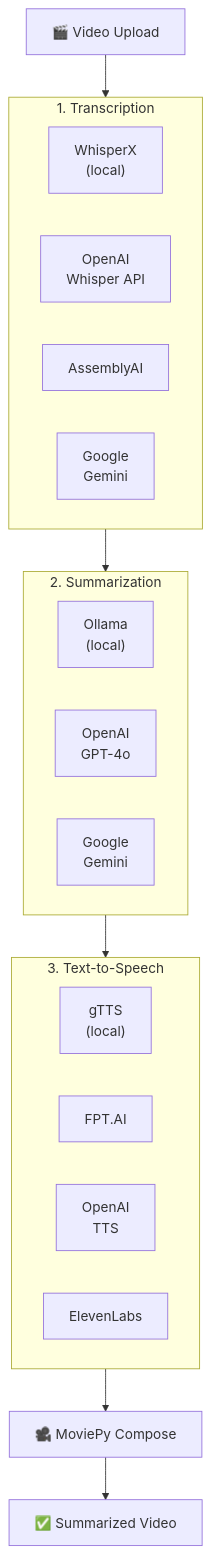
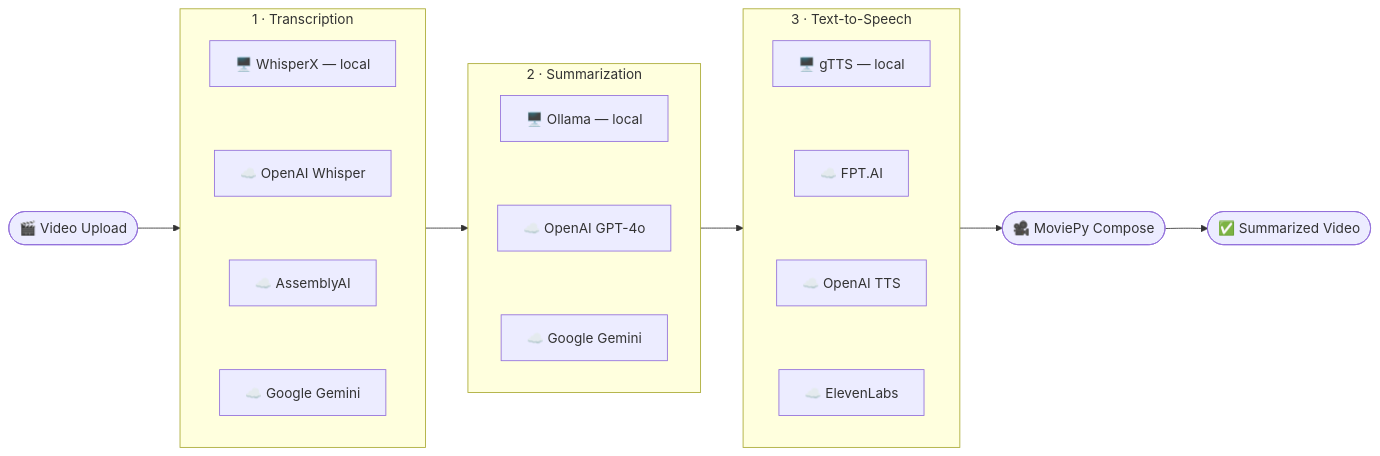
One commit to TanNguyen20/video-summarization-service changed the diagram in README.md. Above: the diagram before and after it, drawn with Mermaid.

Commit message:
feature: support OpenAI TTS and ElevenLabs

````diff
--- a/README.md
+++ b/README.md
@@ -8,33 +8,35 @@
 ```mermaid
-flowchart TB
-    Upload["🎬 Video Upload"]
+flowchart LR
+    Upload(["🎬 Video Upload"])
 
-    subgraph Transcription["1. Transcription"]
-        T1["WhisperX\n(local)"]
-        T2["OpenAI\nWhisper API"]
-        T3["AssemblyAI"]
-        T4["Google\nGemini"]
+    subgraph Transcription["1 · Transcription"]
+        direction TB
+        T1["🖥️ WhisperX — local"]
+        T2["☁️ OpenAI Whisper"]
+        T3["☁️ AssemblyAI"]
+        T4["☁️ Google Gemini"]
+        T1 ~~~ T2 ~~~ T3 ~~~ T4
     end
 
-    subgraph Summarization["2. Summarization"]
-        S1["Ollama\n(local)"]
-        S2["OpenAI\nGPT-4o"]
-        S3["Google\nGemini"]
+    subgraph Summarization["2 · Summarization"]
+        direction TB
+        S1["🖥️ Ollama — local"]
+        S2["☁️ OpenAI GPT-4o"]
+        S3["☁️ Google Gemini"]
+        S1 ~~~ S2 ~~~ S3
     end
 
-    subgraph TTS["3. Text-to-Speech"]
-        TTS1["gTTS\n(local)"]
-        TTS2["FPT.AI"]
-        TTS3["OpenAI\nTTS"]
-        TTS4["ElevenLabs"]
+    subgraph TTS["3 · Text-to-Speech"]
+        direction TB
+        TTS1["🖥️ gTTS — local"]
+        TTS2["☁️ FPT.AI"]
+        TTS3["☁️ OpenAI TTS"]
+        TTS4["☁️ ElevenLabs"]
+        TTS1 ~~~ TTS2 ~~~ TTS3 ~~~ TTS4
     end
 
-    Compose["🎥 MoviePy Compose"]
-    Output["✅ Summarized Video"]
+    Compose(["🎥 MoviePy Compose"])
+    Output(["✅ Summarized Video"])
 
-    Upload --> Transcription
-    Transcription --> Summarization
-    Summarization --> TTS
-    TTS --> Compose
-    Compose --> Output
+    Upload --> Transcription --> Summarization --> TTS --> Compose --> Output
 ```
````
